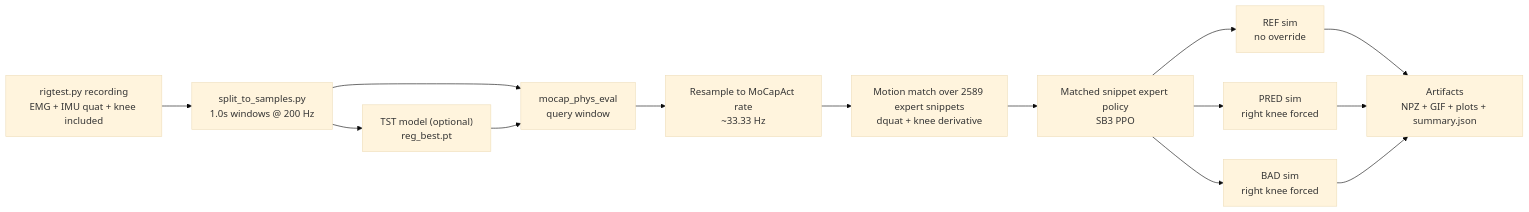
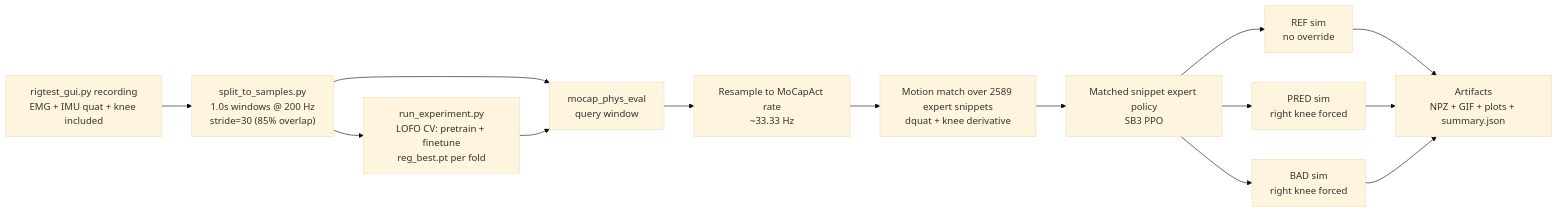
The diagram in README.md (aoyun2/emg_tst), drawn with Mermaid (base theme) before and after one commit. The commit also changed other lines of this file and 45 other files, not shown here.

````diff
--- a/README.md
+++ b/README.md
@@ -31,16 +194,16 @@
 ```mermaid
 flowchart LR
-  A["rigtest.py recording\nEMG + IMU quat + knee included"] --> B["split_to_samples.py\n1.0s windows @ 200 Hz"]
-  B --> C["TST model (optional)\nreg_best.pt"]
+  A["rigtest_gui.py recording\nEMG + IMU quat + knee included"] --> B["split_to_samples.py\n1.0s windows @ 200 Hz\nstride=30 (85% overlap)"]
+  B --> C["run_experiment.py\nLOFO CV: pretrain + finetune\nreg_best.pt per fold"]
   B --> D["mocap_phys_eval\nquery window"]
   C --> D
   D --> E["Resample to MoCapAct rate\n~33.33 Hz"]
   E --> F["Motion match over 2589 expert snippets\ndquat + knee derivative"]
   F --> G["Matched snippet expert policy\nSB3 PPO"]
   G --> H1["REF sim\nno override"]
   G --> H2["PRED sim\nright knee forced"]
   G --> H3["BAD sim\nright knee forced"]
   H1 --> I["Artifacts\nNPZ + GIF + plots + summary.json"]
   H2 --> I
   H3 --> I
 ```
````
